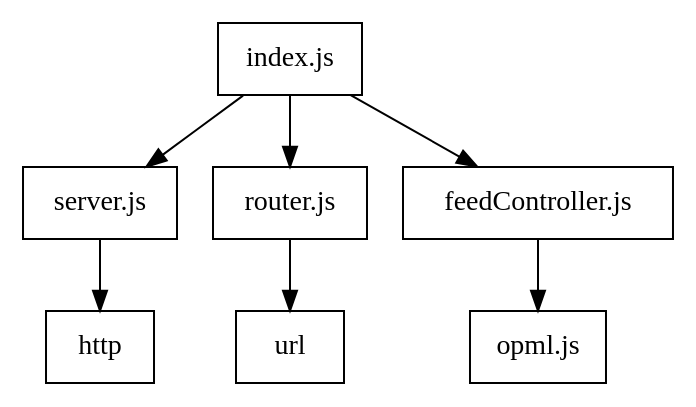
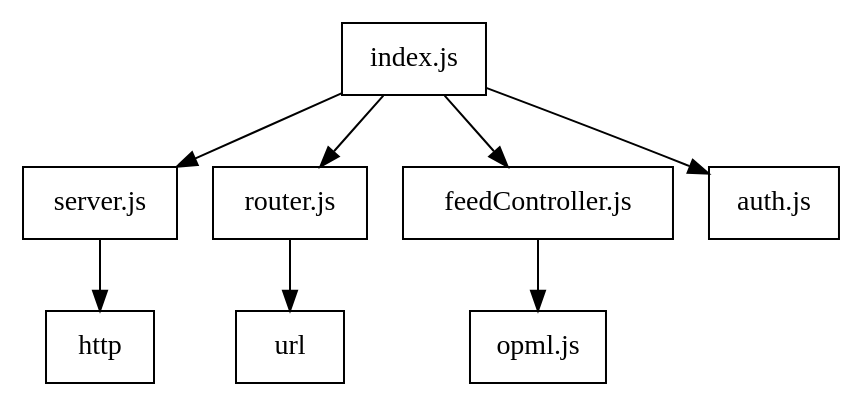
The diagram in docs/rsss.dot (sgoodwin/RSSS-Mark-3), drawn with Graphviz before and after one commit.

Commit message:
Update dependency graph.

```diff
--- a/docs/rsss.dot
+++ b/docs/rsss.dot
@@ -1,11 +1,12 @@
 digraph G {
 	node [shape=box];	
 	"index.js" -> "server.js";
 	"index.js" -> "router.js";
 	"index.js" -> "feedController.js";
+	"index.js" -> "auth.js";
 	
 	"feedController.js" -> "opml.js";
 	
 	"router.js" -> "url";
 	"server.js" -> "http";
 }
```
